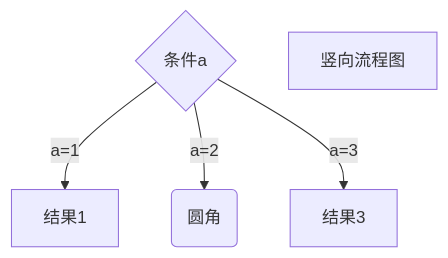
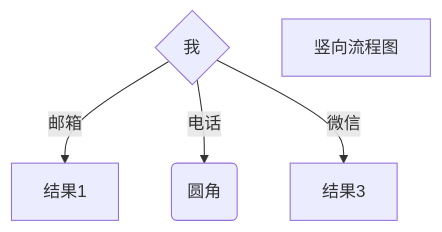
Before and after one commit to YiPianYe/tw: the diagram in pages/contact.md, drawn with Mermaid.

````diff
--- a/pages/contact.md
+++ b/pages/contact.md
@@ -8,8 +8,8 @@
 ```mermaid
 graph TD
-A{条件a}
-    A--> |a=1| C[结果1]
-    A--> |a=2| D(圆角)
-    A--> |a=3| E[结果3]
+A{我}
+    A--> |邮箱| C[结果1]
+    A--> |电话| D(圆角)
+    A--> |微信| E[结果3]
     B[竖向流程图]
 ```
````
